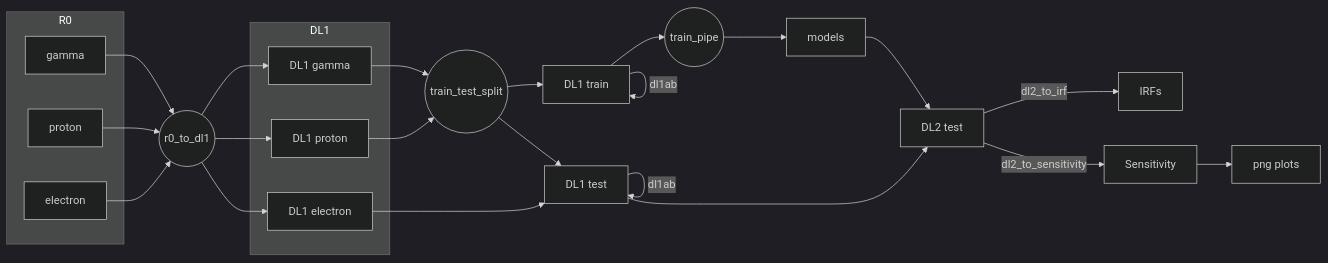
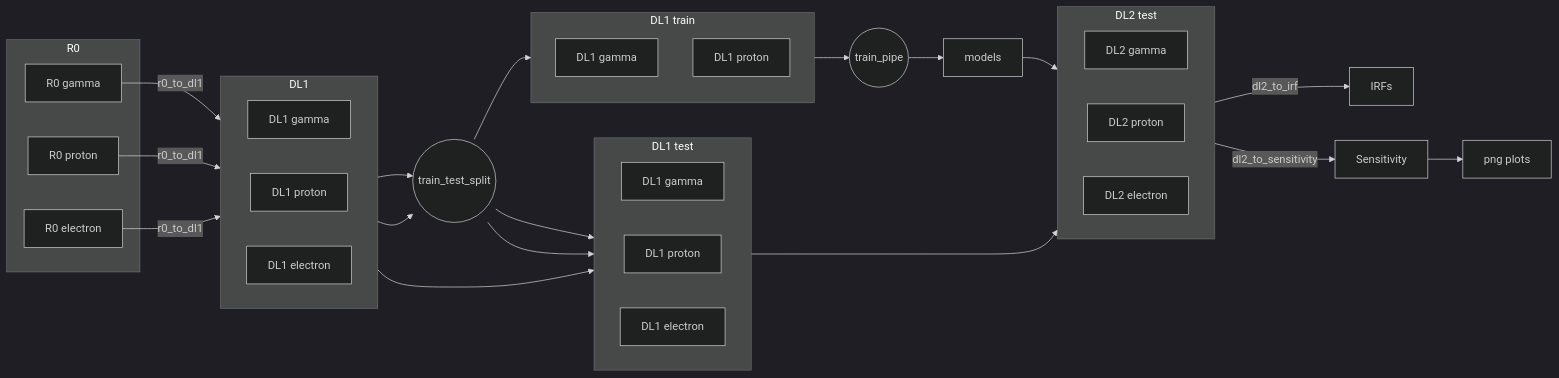
Before and after one commit to cta-observatory/lstmcpipe: the first of 3 diagrams in docs/pipeline.rst, drawn with Mermaid (dark theme). The commit also changed other lines of this file, not shown here.

```diff
--- a/docs/pipeline.rst
+++ b/docs/pipeline.rst
@@ -10,42 +10,56 @@
 .. mermaid::
 
     flowchart LR
         subgraph R0
-            gamma
-            proton
-            electron
+            gamma[R0 gamma]
+            proton[R0 proton]
+            electron[R0 electron]
         end
 
-        gamma --> r0dl1((r0_to_dl1))
-        proton --> r0dl1
-        electron --> r0dl1
+        gamma --> |r0_to_dl1| gamma_dl1[DL1 gamma]
+        proton --> |r0_to_dl1| proton_dl1[DL1 proton]
+        electron --> |r0_to_dl1| electron_dl1[DL1 electron]
 
         subgraph DL1
+            direction LR
             gamma_dl1
             proton_dl1
             electron_dl1
         end
 
-        r0dl1 --> gamma_dl1[DL1 gamma]
-        r0dl1 --> proton_dl1[DL1 proton]
-        r0dl1 --> electron_dl1[DL1 electron]
+
+        subgraph DL1-test[DL1 test]
+            direction LR
+            gamma_dl1_test[DL1 gamma]
+            proton_dl1_test[DL1 proton]
+            electron_dl1_test[DL1 electron]
+        end
+
+        subgraph DL1-train[DL1 train]
+            gamma_dl1_train[DL1 gamma]
+            proton_dl1_train[DL1 proton]
+        end
 
 
         gamma_dl1 --> train_test_split((train_test_split))
         proton_dl1 --> train_test_split
-        train_test_split --> DL1train[DL1 train]
-        train_test_split --> DL1test[DL1 test]
-        DL1train --> train_pipe((train_pipe))
+        train_test_split --> DL1-train
+        train_test_split --> gamma_dl1_test & proton_dl1_test
+        DL1-train --> train_pipe((train_pipe))
         train_pipe --> models
 
-        electron_dl1 --> DL1test
+        electron_dl1 --> electron_dl1_test
 
-        DL1train --> |dl1ab| DL1train
-        DL1test --> |dl1ab| DL1test
+        subgraph DL2-test[DL2 test]
+            direction LR
+            gamma_dl2_test[DL2 gamma]
+            proton_dl2_test[DL2 proton]
+            electron_dl2_test[DL2 electron]
+        end
 
-        models --> DL2
-        DL1test --> DL2[DL2 test]
+        models --> DL2-test
+        DL1-test --> DL2-test
 
-        DL2 --> |dl2_to_irf| IRF[IRFs]
-        DL2 --> |dl2_to_sensitivity| SENS[Sensitivity]
+        DL2-test --> |dl2_to_irf| IRF[IRFs]
+        DL2-test --> |dl2_to_sensitivity| SENS[Sensitivity]
         SENS --> plot[png plots]
```
